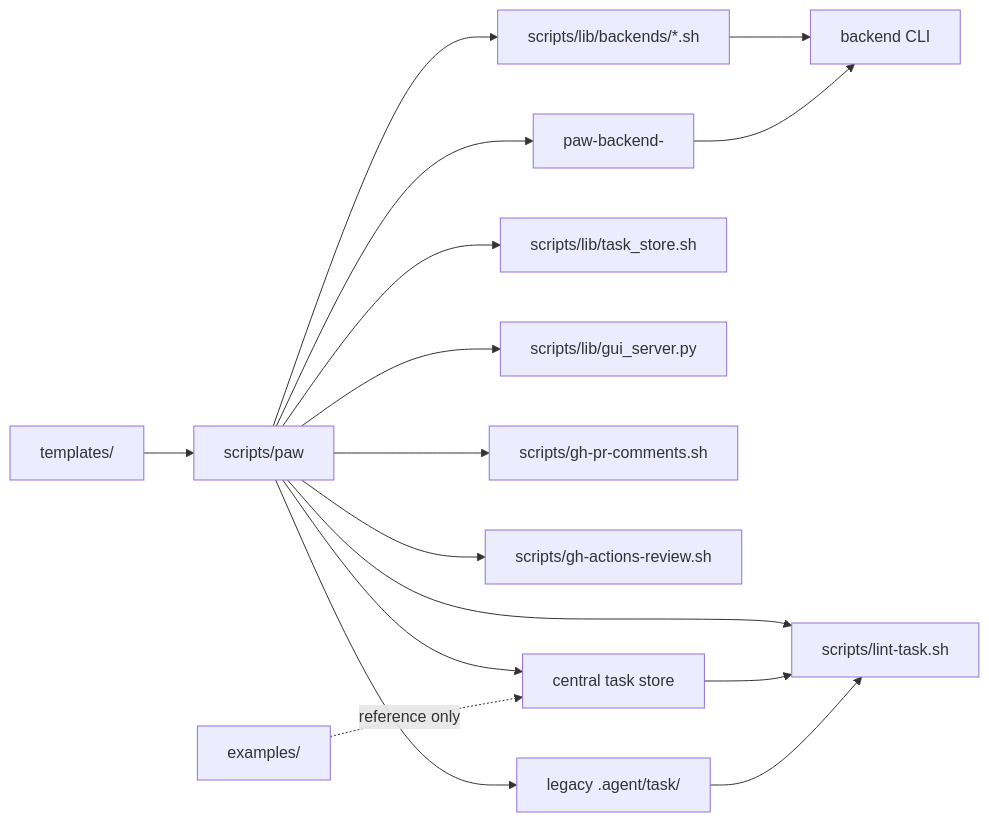
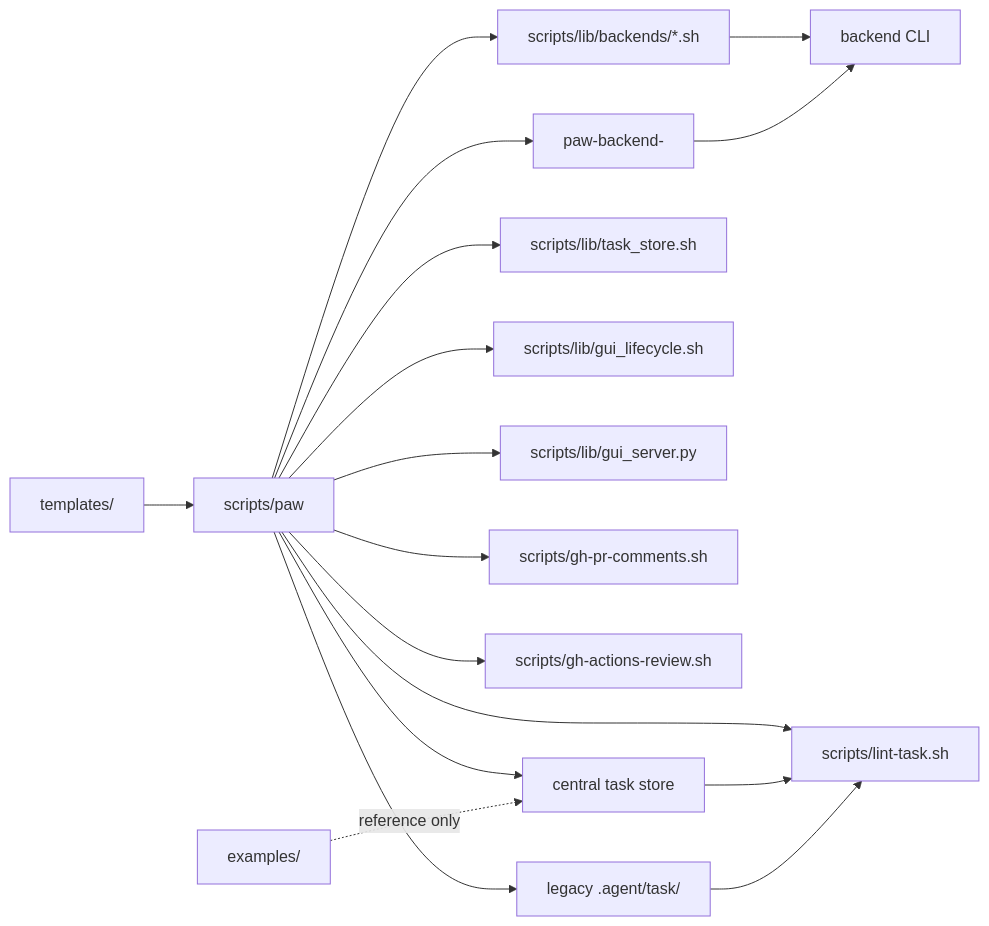
One commit to levi-blodgett/personal-agentic-workflow changed the diagram in examples/docs/architecture.md. Above: the diagram before and after it, drawn with Mermaid. The commit also changed other lines of this file and 12 other files, not shown here.

````diff
--- a/examples/docs/architecture.md
+++ b/examples/docs/architecture.md
@@ -22,18 +23,19 @@
 ```mermaid
 flowchart LR
     CLI[scripts/paw] --> BE[scripts/lib/backends/*.sh]
     CLI --> PL[paw-backend-<name>]
     CLI --> TL[scripts/lint-task.sh]
     CLI --> TS[scripts/lib/task_store.sh]
+    CLI --> GL[scripts/lib/gui_lifecycle.sh]
     CLI --> GUI[scripts/lib/gui_server.py]
     CLI --> GH[scripts/gh-pr-comments.sh]
     CLI --> GHA[scripts/gh-actions-review.sh]
     CLI --> TD[central task store]
     CLI --> LA[legacy .agent/task/]
     BE --> EXT[backend CLI]
     PL --> EXT
     TD --> TL
     LA --> TL
     TM[templates/] --> CLI
     EX[examples/] -. reference only .-> TD
 ```
````
